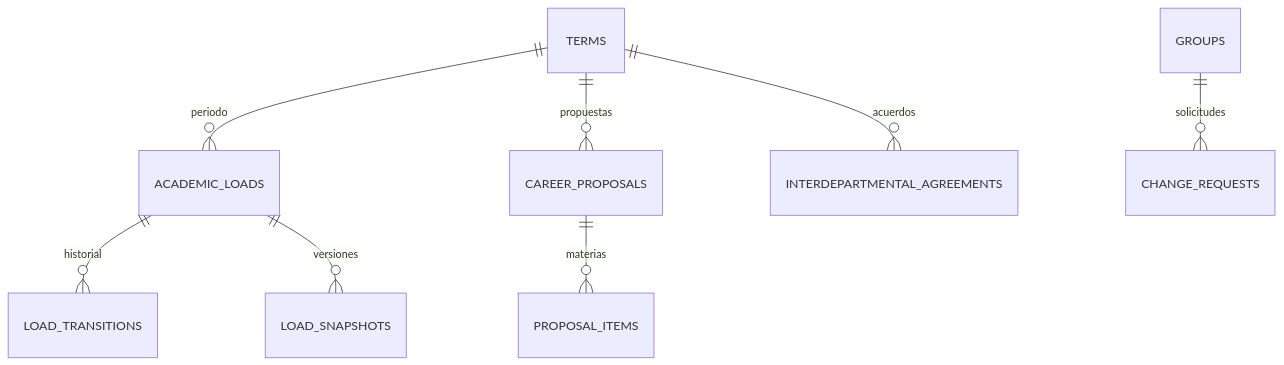
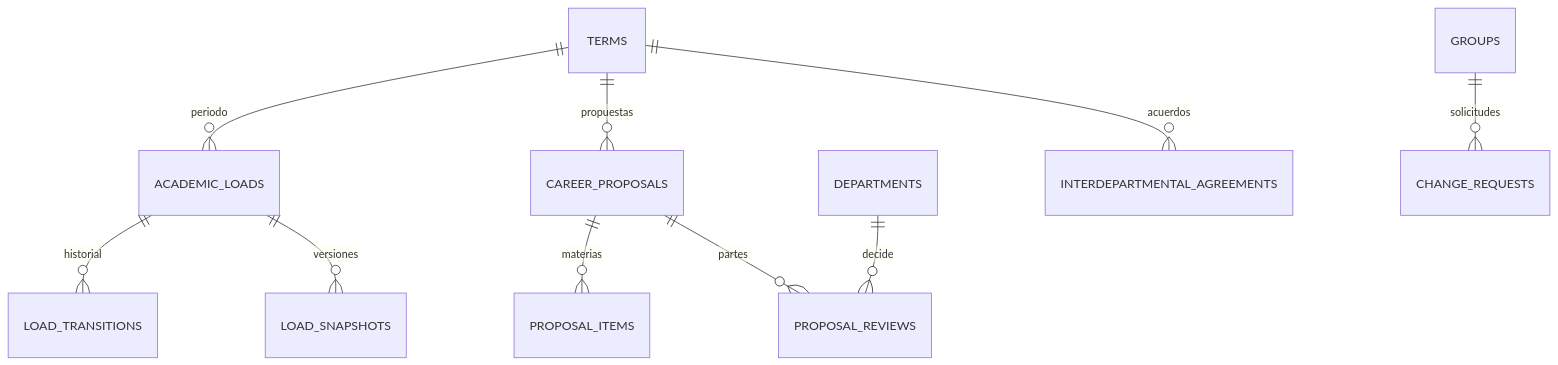
The fourth of 5 diagrams in docs/dominio/modelo-de-datos.md (Erne1357/nexus), drawn with Mermaid before and after one commit. The commit also changed other lines of this file and 15 other files, not shown here.

First line of the commit message:
feat(academic-load): career proposal schema

````diff
--- a/docs/dominio/modelo-de-datos.md
+++ b/docs/dominio/modelo-de-datos.md
@@ -147,10 +147,12 @@
 ```mermaid
 erDiagram
     TERMS ||--o{ ACADEMIC_LOADS : periodo
     ACADEMIC_LOADS ||--o{ LOAD_TRANSITIONS : historial
     ACADEMIC_LOADS ||--o{ LOAD_SNAPSHOTS : versiones
     TERMS ||--o{ CAREER_PROPOSALS : propuestas
     CAREER_PROPOSALS ||--o{ PROPOSAL_ITEMS : materias
+    CAREER_PROPOSALS ||--o{ PROPOSAL_REVIEWS : partes
+    DEPARTMENTS ||--o{ PROPOSAL_REVIEWS : decide
     TERMS ||--o{ INTERDEPARTMENTAL_AGREEMENTS : acuerdos
     GROUPS ||--o{ CHANGE_REQUESTS : solicitudes
 ```
````
